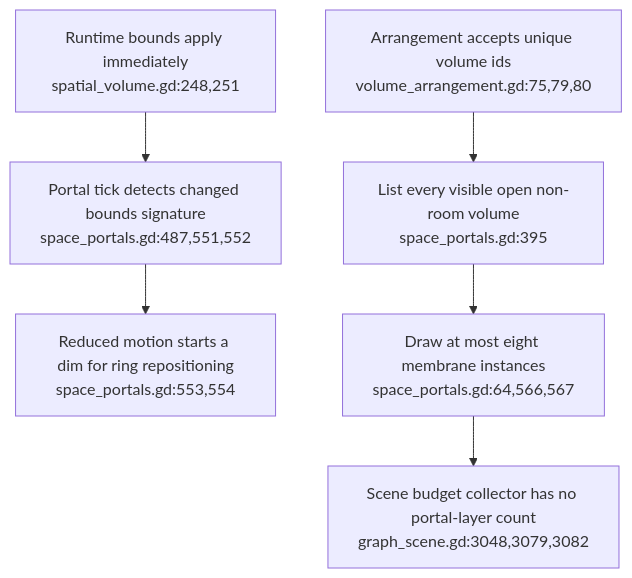
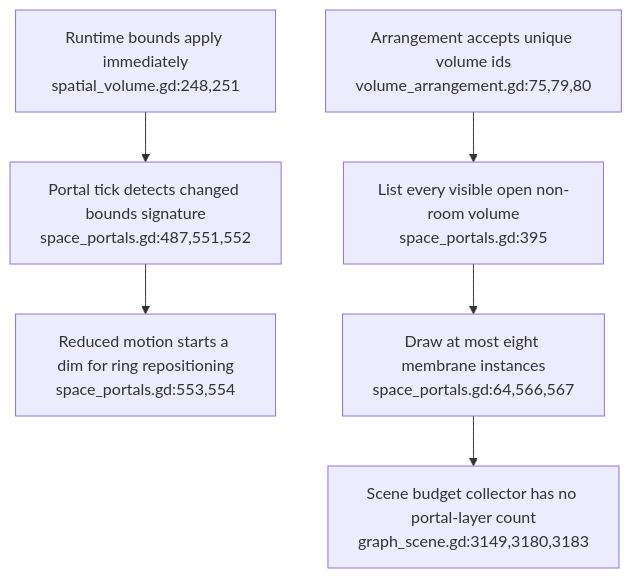
One commit to DreamLab-AI/VisionFlow changed the third of 3 diagrams in docs/diagrams/visionclaw/47-portal-entry-and-scaled-walkthrough.md. Above: the diagram before and after it, drawn with Mermaid. The commit also changed other lines of this file and 67 other files, not shown here.

````diff
--- a/docs/diagrams/visionclaw/47-portal-entry-and-scaled-walkthrough.md
+++ b/docs/diagrams/visionclaw/47-portal-entry-and-scaled-walkthrough.md
@@ -55,8 +55,8 @@
 ```mermaid
 flowchart TD
     API["Runtime bounds apply immediately<br/>spatial_volume.gd:248,251"] --> SIG["Portal tick detects changed bounds signature<br/>space_portals.gd:487,551,552"]
     SIG --> DIM["Reduced motion starts a dim for ring repositioning<br/>space_portals.gd:553,554"]
     ADD["Arrangement accepts unique volume ids<br/>volume_arrangement.gd:75,79,80"] --> IDS["List every visible open non-room volume<br/>space_portals.gd:395"]
     IDS --> MM["Draw at most eight membrane instances<br/>space_portals.gd:64,566,567"]
-    MM --> GAP["Scene budget collector has no portal-layer count<br/>graph_scene.gd:3048,3079,3082"]
+    MM --> GAP["Scene budget collector has no portal-layer count<br/>graph_scene.gd:3149,3180,3183"]
 ```
````
